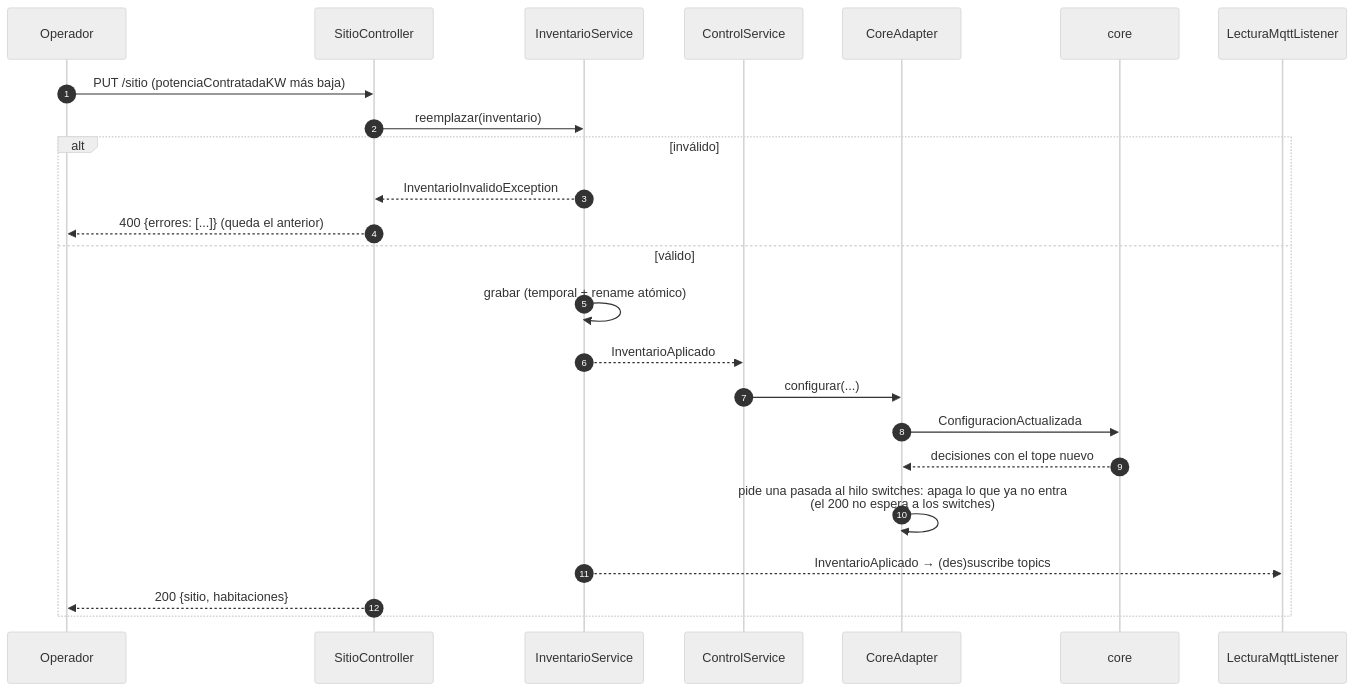
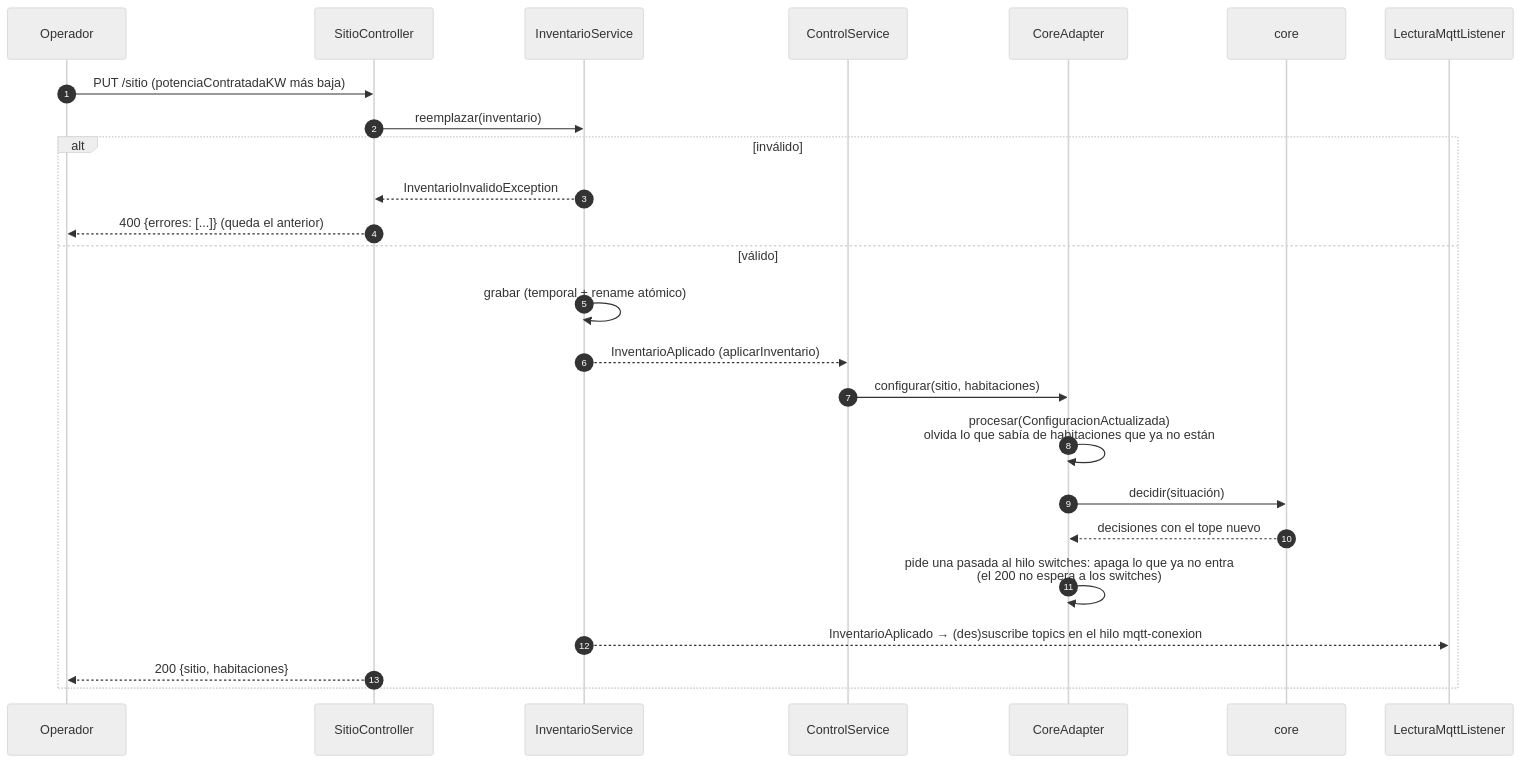
One commit to BrayanBCode/iiss-2026-grupo-4 changed the seventh of 9 diagrams in docs/arquitectura/4mas1.md. Above: the diagram before and after it, drawn with Mermaid (neutral theme). The commit also changed other lines of this file and 1 other file, not shown here.

Commit message:
docs: 4+1 actualizado al diseño actual del core y del engine (T11a)

````diff
--- a/docs/arquitectura/4mas1.md
+++ b/docs/arquitectura/4mas1.md
@@ -449,27 +512,28 @@
 ```mermaid
 sequenceDiagram
     autonumber
     participant Op as Operador
     participant API as SitioController
     participant Inv as InventarioService
     participant Ctl as ControlService
     participant Ad as CoreAdapter
     participant Core as core
     participant Mq as LecturaMqttListener
 
     Op->>API: PUT /sitio (potenciaContratadaKW más baja)
     API->>Inv: reemplazar(inventario)
     alt inválido
         Inv-->>API: InventarioInvalidoException
         API-->>Op: 400 {errores: [...]} (queda el anterior)
     else válido
         Inv->>Inv: grabar (temporal + rename atómico)
-        Inv-->>Ctl: InventarioAplicado
-        Ctl->>Ad: configurar(...)
-        Ad->>Core: ConfiguracionActualizada
+        Inv-->>Ctl: InventarioAplicado (aplicarInventario)
+        Ctl->>Ad: configurar(sitio, habitaciones)
+        Ad->>Ad: procesar(ConfiguracionActualizada)<br/>olvida lo que sabía de habitaciones que ya no están
+        Ad->>Core: decidir(situación)
         Core-->>Ad: decisiones con el tope nuevo
         Ad->>Ad: pide una pasada al hilo switches: apaga lo que ya no entra<br/>(el 200 no espera a los switches)
-        Inv-->>Mq: InventarioAplicado → (des)suscribe topics
+        Inv-->>Mq: InventarioAplicado → (des)suscribe topics en el hilo mqtt-conexion
         API-->>Op: 200 {sitio, habitaciones}
     end
 ```
````
